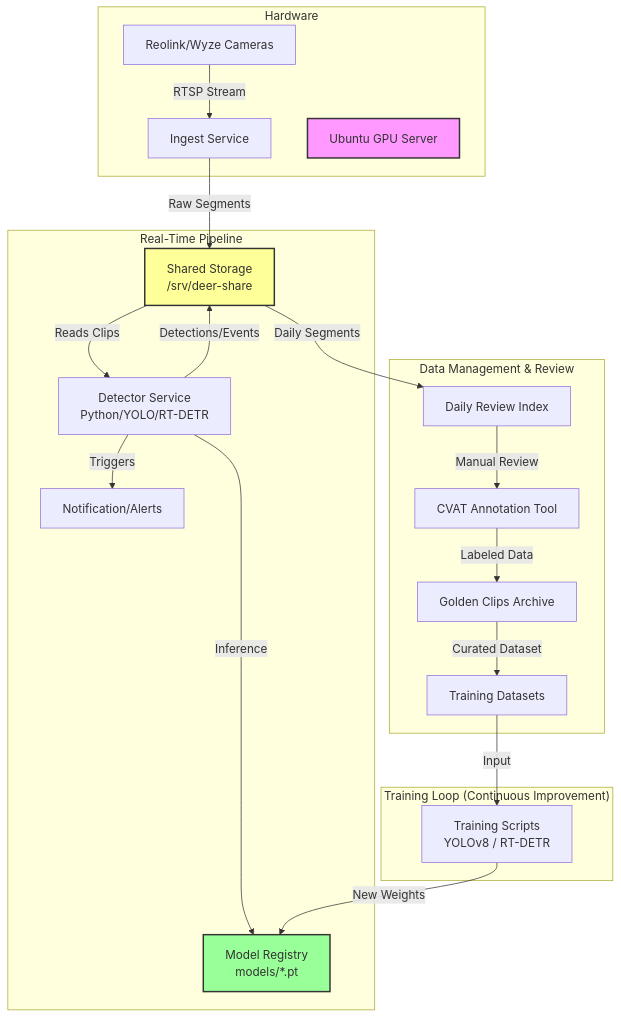
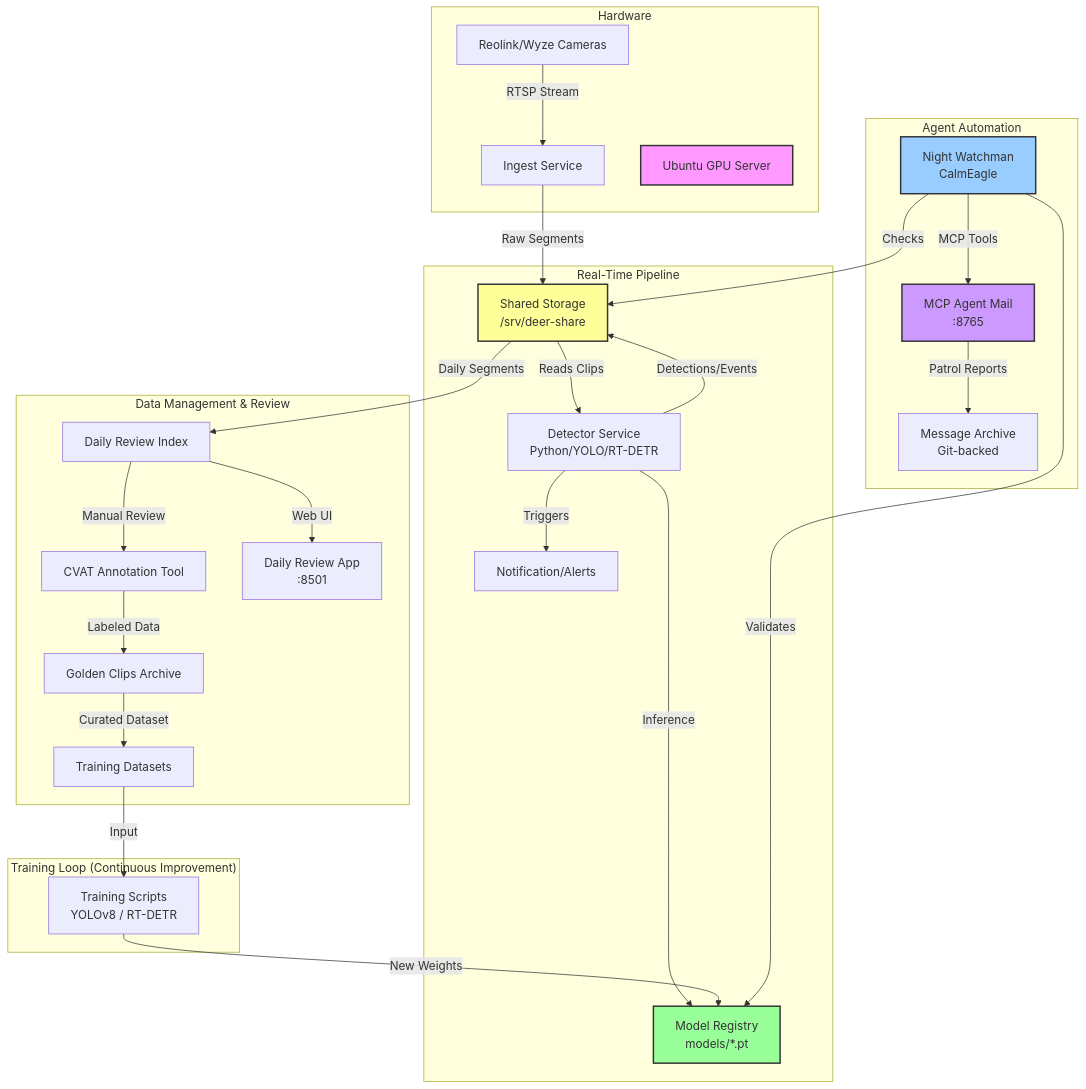
The diagram in docs/architecture.md (mtornga/DeerAITrackingResponse), drawn with Mermaid before and after one commit. The commit also changed other lines of this file, not shown here.

First line of the commit message:
docs: add MCP Agent Mail and Night Watchman to architecture

````diff
--- a/docs/architecture.md
+++ b/docs/architecture.md
@@ -11,31 +11,41 @@
 ```mermaid
 graph TD
     subgraph Hardware
         Cameras[Reolink/Wyze Cameras] -->|RTSP Stream| Ingest[Ingest Service]
         Ubuntu[Ubuntu GPU Server]
     end
 
     subgraph "Real-Time Pipeline"
         Ingest -->|Raw Segments| SharedStorage[Shared Storage<br/>/srv/deer-share]
         SharedStorage -->|Reads Clips| Detector[Detector Service<br/>Python/YOLO/RT-DETR]
         Detector -->|Inference| Models[Model Registry<br/>models/*.pt]
         Detector -->|Detections/Events| SharedStorage
         Detector -->|Triggers| AlertSystem[Notification/Alerts]
     end
 
     subgraph "Data Management & Review"
         SharedStorage -->|Daily Segments| ReviewIndex[Daily Review Index]
         ReviewIndex -->|Manual Review| CVAT[CVAT Annotation Tool]
+        ReviewIndex -->|Web UI| ReviewApp[Daily Review App<br/>:8501]
         CVAT -->|Labeled Data| GoldenClips[Golden Clips Archive]
         GoldenClips -->|Curated Dataset| TrainingData[Training Datasets]
     end
 
     subgraph "Training Loop (Continuous Improvement)"
         TrainingData -->|Input| TrainScripts[Training Scripts<br/>YOLOv8 / RT-DETR]
         TrainScripts -->|New Weights| Models
     end
 
+    subgraph "Agent Automation"
+        NightWatchman[Night Watchman<br/>CalmEagle] -->|Checks| SharedStorage
+        NightWatchman -->|Validates| Models
+        NightWatchman -->|MCP Tools| AgentMail[MCP Agent Mail<br/>:8765]
+        AgentMail -->|Patrol Reports| MessageArchive[Message Archive<br/>Git-backed]
+    end
+
     style Ubuntu fill:#f9f,stroke:#333,stroke-width:2px
     style SharedStorage fill:#ff9,stroke:#333,stroke-width:2px
     style Models fill:#9f9,stroke:#333,stroke-width:2px
+    style NightWatchman fill:#9cf,stroke:#333,stroke-width:2px
+    style AgentMail fill:#c9f,stroke:#333,stroke-width:2px
 ```
````
